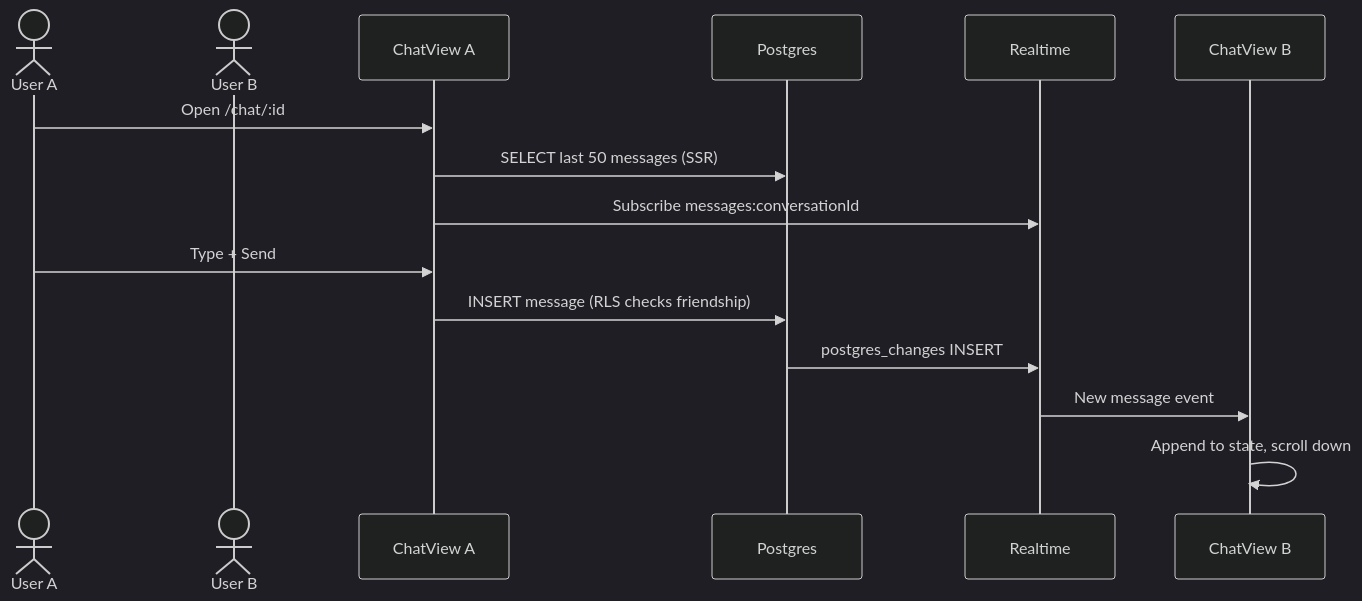
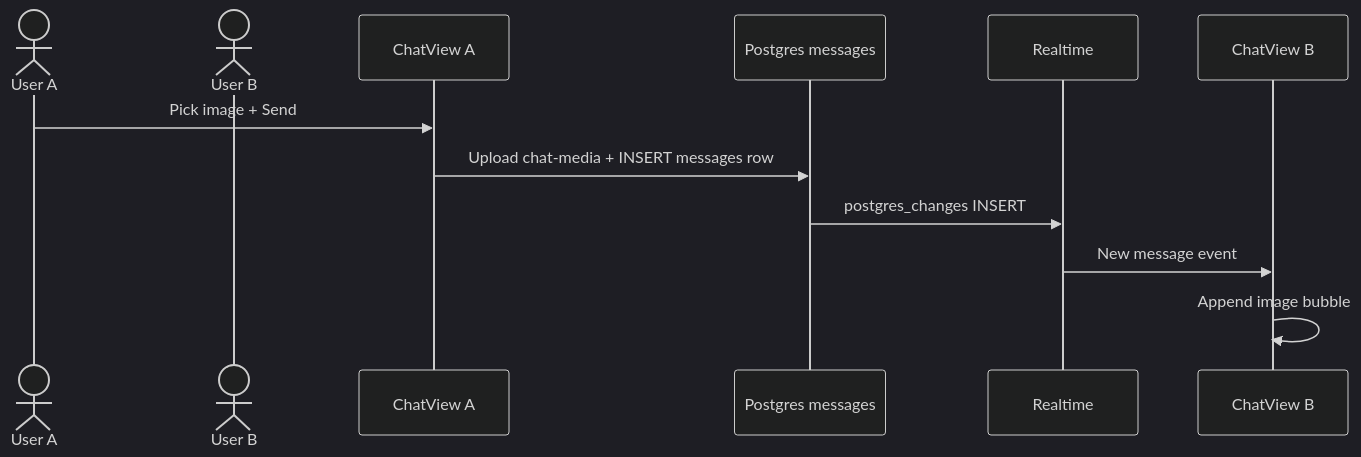
Before and after one commit to mustafafoisol/CallingApp: the second of 2 diagrams in architecture/features/realtime-chat.md, drawn with Mermaid (dark theme). The commit also changed other lines of this file and 3 other files, not shown here.

First line of the commit message:
docs(architecture): document E2EE send, receive, and realtime paths

````diff
--- a/architecture/features/realtime-chat.md
+++ b/architecture/features/realtime-chat.md
@@ -9,18 +45,15 @@
 ```mermaid
 sequenceDiagram
   actor A as User A
   actor B as User B
   participant ChatA as ChatView A
-  participant DB as Postgres
+  participant DB as Postgres messages
   participant RT as Realtime
   participant ChatB as ChatView B
 
-  A->>ChatA: Open /chat/:id
-  ChatA->>DB: SELECT last 50 messages (SSR)
-  ChatA->>RT: Subscribe messages:conversationId
-  A->>ChatA: Type + Send
-  ChatA->>DB: INSERT message (RLS checks friendship)
+  A->>ChatA: Pick image + Send
+  ChatA->>DB: Upload chat-media + INSERT messages row
   DB->>RT: postgres_changes INSERT
   RT->>ChatB: New message event
-  ChatB->>ChatB: Append to state, scroll down
+  ChatB->>ChatB: Append image bubble
 ```
````
